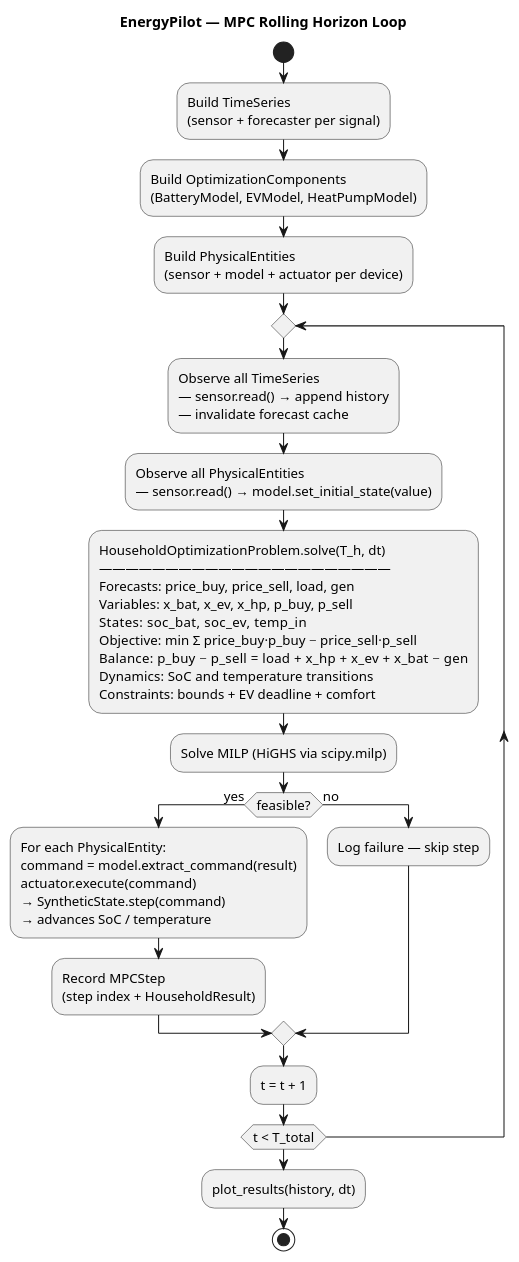
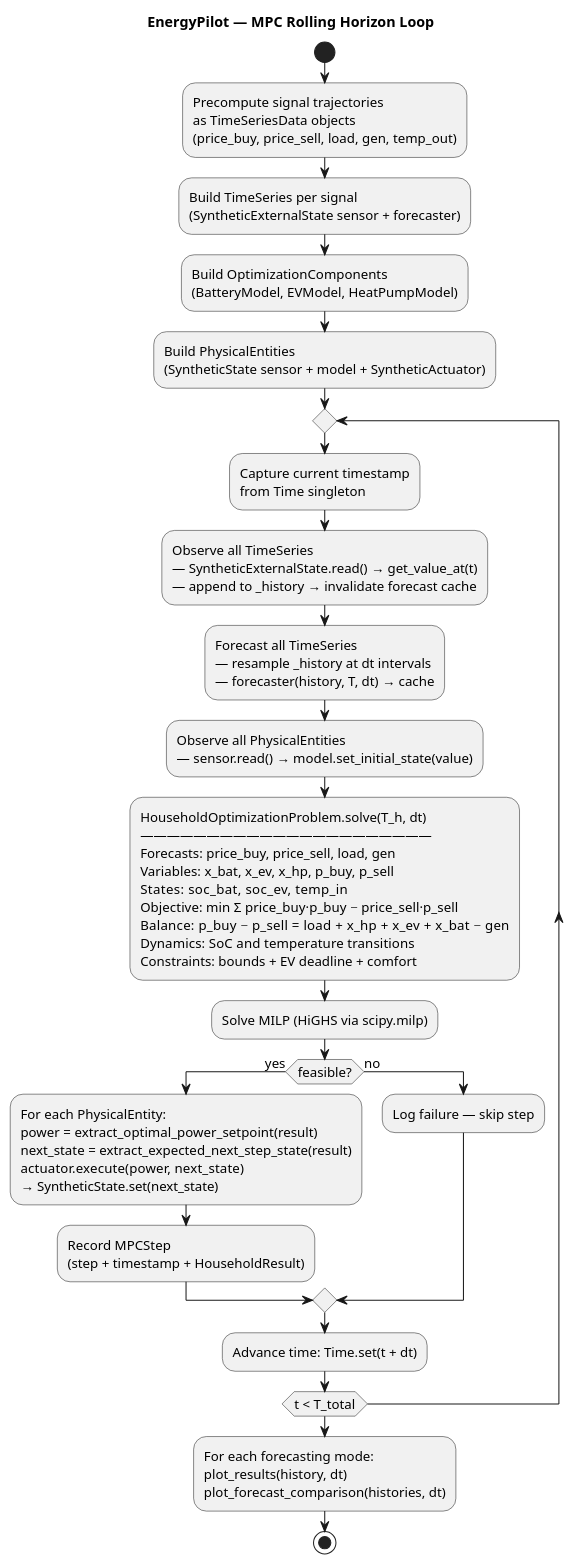
The diagram in diagrams/mpc_loop.puml (AdrianDegenkolb/EnergyPilot), drawn with PlantUML before and after one commit. The commit also changed 26 other files, not shown here.

```diff
--- a/diagrams/mpc_loop.puml
+++ b/diagrams/mpc_loop.puml
@@ -1,38 +1,44 @@
 @startuml mpc_loop
 title EnergyPilot — MPC Rolling Horizon Loop
 
 skinparam defaultFontSize 13
 
 start
 
-:Build TimeSeries\n(sensor + forecaster per signal);
+:Precompute signal trajectories\nas TimeSeriesData objects\n(price_buy, price_sell, load, gen, temp_out);
+
+:Build TimeSeries per signal\n(SyntheticExternalState sensor + forecaster);
 
 :Build OptimizationComponents\n(BatteryModel, EVModel, HeatPumpModel);
 
-:Build PhysicalEntities\n(sensor + model + actuator per device);
+:Build PhysicalEntities\n(SyntheticState sensor + model + SyntheticActuator);
 
 repeat
 
-    :Observe all TimeSeries\n— sensor.read() → append history\n— invalidate forecast cache;
+    :Capture current timestamp\nfrom Time singleton;
+
+    :Observe all TimeSeries\n— SyntheticExternalState.read() → get_value_at(t)\n— append to _history → invalidate forecast cache;
+
+    :Forecast all TimeSeries\n— resample _history at dt intervals\n— forecaster(history, T, dt) → cache;
 
     :Observe all PhysicalEntities\n— sensor.read() → model.set_initial_state(value);
 
     :HouseholdOptimizationProblem.solve(T_h, dt)\n——————————————————————\nForecasts: price_buy, price_sell, load, gen\nVariables: x_bat, x_ev, x_hp, p_buy, p_sell\nStates:    soc_bat, soc_ev, temp_in\nObjective: min Σ price_buy·p_buy − price_sell·p_sell\nBalance:   p_buy − p_sell = load + x_hp + x_ev + x_bat − gen\nDynamics:  SoC and temperature transitions\nConstraints: bounds + EV deadline + comfort;
 
     :Solve MILP (HiGHS via scipy.milp);
 
     if (feasible?) then (yes)
-        :For each PhysicalEntity:\ncommand = model.extract_command(result)\nactuator.execute(command)\n→ SyntheticState.step(command)\n→ advances SoC / temperature;
-        :Record MPCStep\n(step index + HouseholdResult);
+        :For each PhysicalEntity:\npower = extract_optimal_power_setpoint(result)\nnext_state = extract_expected_next_step_state(result)\nactuator.execute(power, next_state)\n→ SyntheticState.set(next_state);
+        :Record MPCStep\n(step + timestamp + HouseholdResult);
     else (no)
         :Log failure — skip step;
     endif
 
-    :t = t + 1;
+    :Advance time: Time.set(t + dt);
 
 repeat while (t < T_total)
 
-:plot_results(history, dt);
+:For each forecasting mode:\nplot_results(history, dt)\nplot_forecast_comparison(histories, dt);
 
 stop
 @enduml
```
